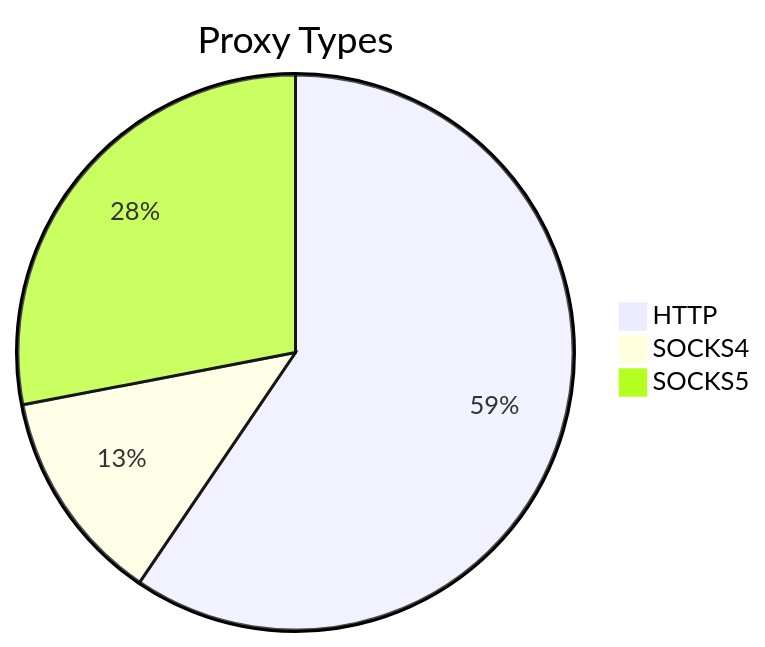
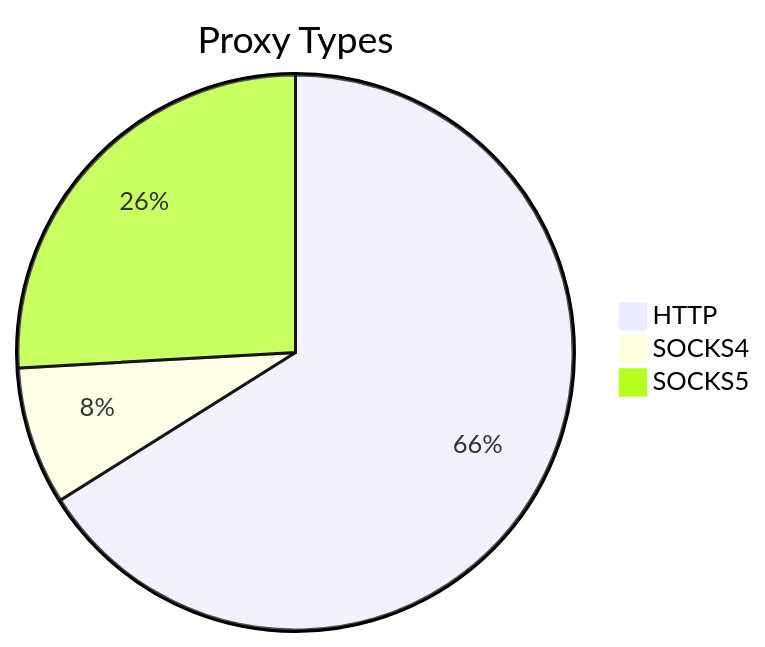
Before and after one commit to stormsia/proxy-list: the first of 2 diagrams in README.md, drawn with Mermaid. The commit also changed other lines of this file, not shown here.

````diff
--- a/README.md
+++ b/README.md
@@ -21,6 +21,6 @@
 ```mermaid
 pie title Proxy Types
-    "HTTP" : 138
-    "SOCKS4" : 29
-    "SOCKS5" : 65
+    "HTTP" : 148
+    "SOCKS4" : 18
+    "SOCKS5" : 58
 ```
````
